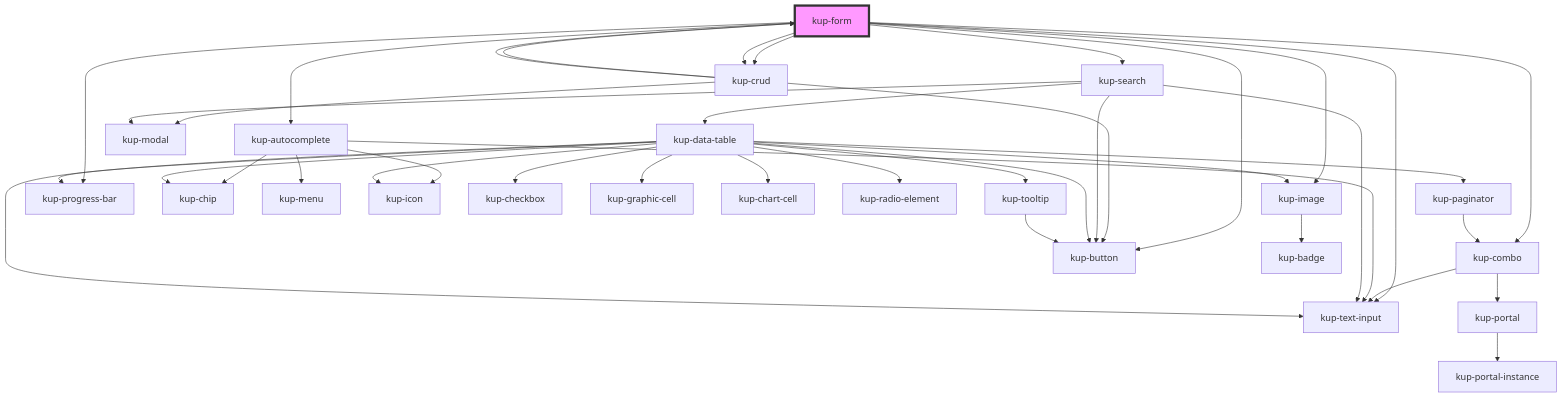
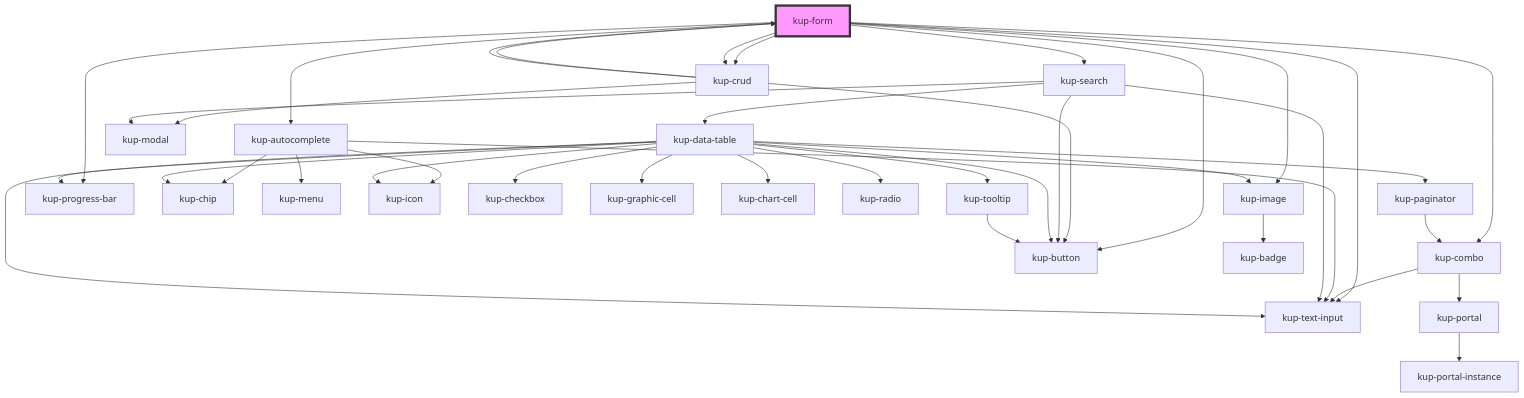
One commit to smeup/ketchup changed the diagram in packages/ketchup/src/components/kup-form/readme.md. Above: the diagram before and after it, drawn with Mermaid. The commit also changed 41 other files, not shown here.

````diff
--- a/packages/ketchup/src/components/kup-form/readme.md
+++ b/packages/ketchup/src/components/kup-form/readme.md
@@ -132,43 +132,43 @@
 ```mermaid
 graph TD;
   kup-form --> kup-combo
   kup-form --> kup-crud
   kup-form --> kup-autocomplete
   kup-form --> kup-search
   kup-form --> kup-image
   kup-form --> kup-progress-bar
   kup-form --> kup-text-input
   kup-form --> kup-button
   kup-form --> kup-crud
   kup-combo --> kup-text-input
   kup-combo --> kup-portal
   kup-portal --> kup-portal-instance
   kup-crud --> kup-button
   kup-crud --> kup-modal
   kup-crud --> kup-form
   kup-crud --> kup-form
   kup-autocomplete --> kup-chip
   kup-autocomplete --> kup-text-input
   kup-autocomplete --> kup-menu
   kup-autocomplete --> kup-icon
   kup-search --> kup-text-input
   kup-search --> kup-button
   kup-search --> kup-modal
   kup-search --> kup-data-table
   kup-data-table --> kup-text-input
   kup-data-table --> kup-icon
   kup-data-table --> kup-image
   kup-data-table --> kup-checkbox
   kup-data-table --> kup-button
   kup-data-table --> kup-graphic-cell
   kup-data-table --> kup-chart-cell
   kup-data-table --> kup-progress-bar
-  kup-data-table --> kup-radio-element
+  kup-data-table --> kup-radio
   kup-data-table --> kup-tooltip
   kup-data-table --> kup-paginator
   kup-data-table --> kup-chip
   kup-image --> kup-badge
   kup-tooltip --> kup-button
   kup-paginator --> kup-combo
   style kup-form fill:#f9f,stroke:#333,stroke-width:4px
 ```
````
